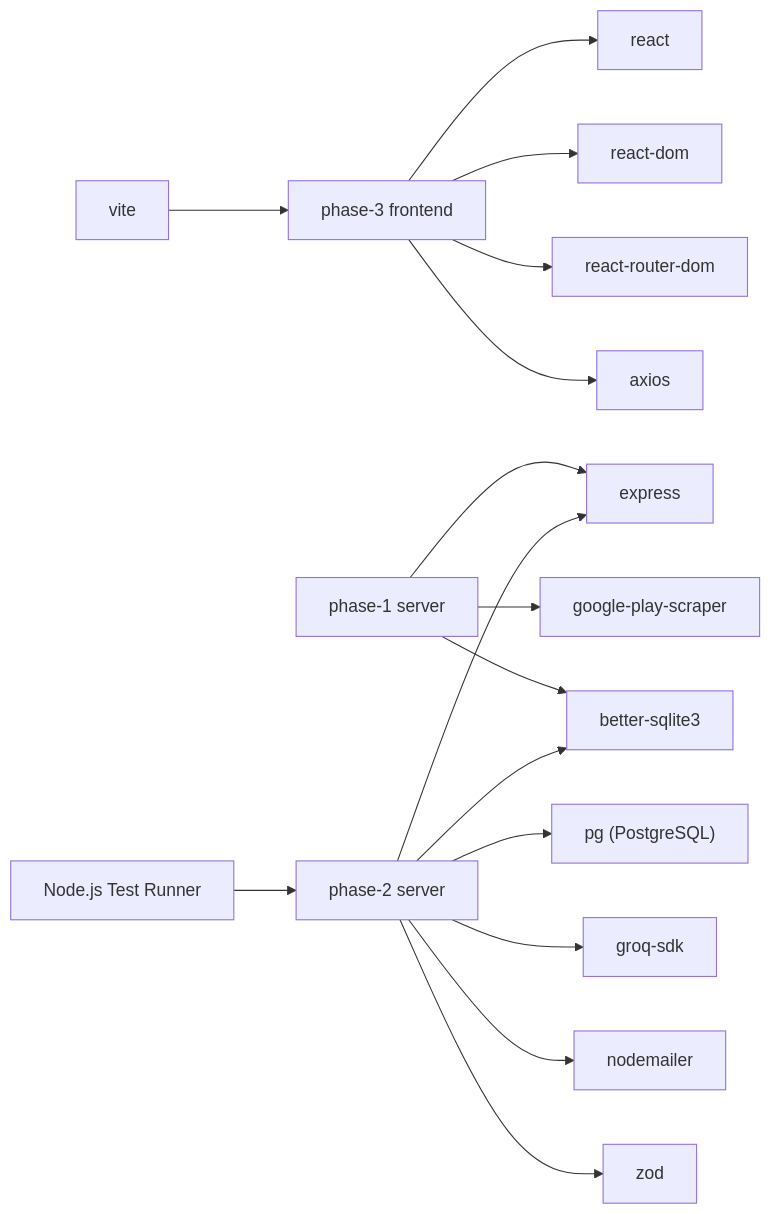
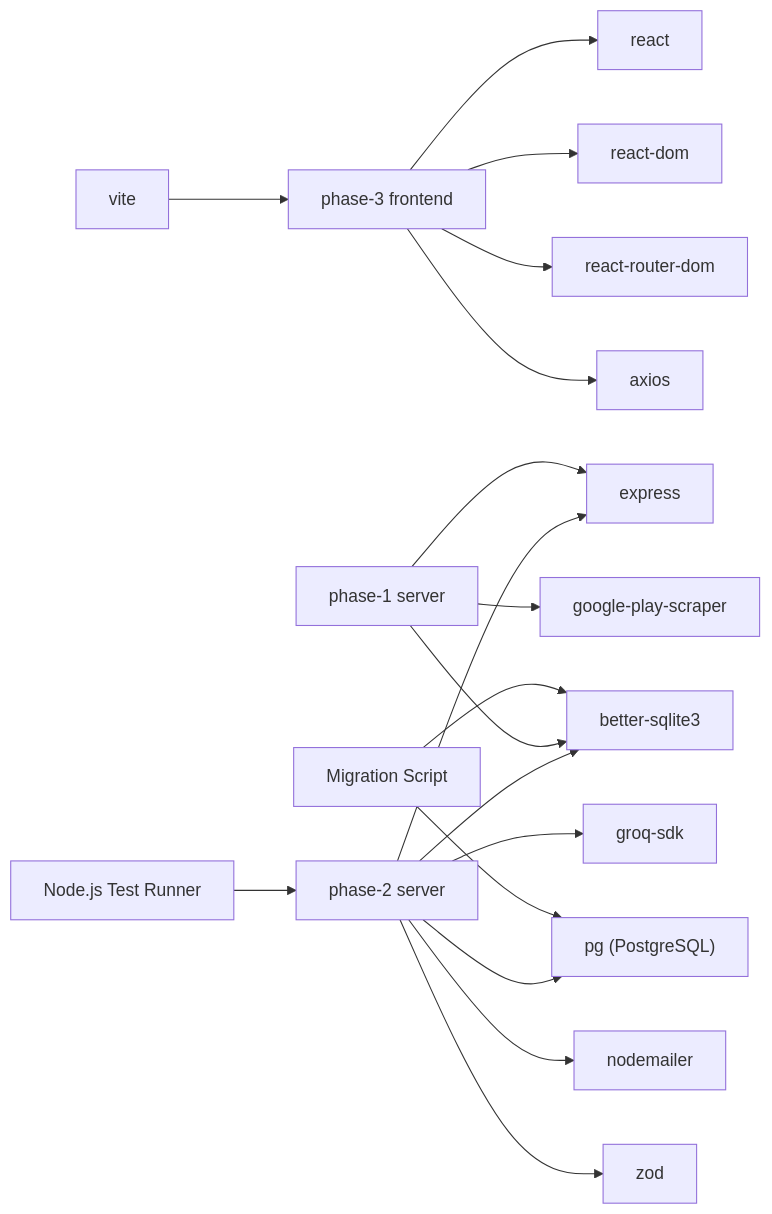
Before and after one commit to aravinthraj-ramalingam/Groww-App-Review-Insights-Analyzer-: the fifth of 5 diagrams in .qoder/repowiki/en/content/Deployment & Operations.md, drawn with Mermaid. The commit also changed other lines of this file and 5 other files, not shown here.

````diff
--- a/.qoder/repowiki/en/content/Deployment & Operations.md
+++ b/.qoder/repowiki/en/content/Deployment & Operations.md
@@ -381,18 +458,20 @@
 ```mermaid
 graph LR
 P2Server["phase-2 server"] --> Express["express"]
 P2Server --> DB["better-sqlite3"]
 P2Server --> PG["pg (PostgreSQL)"]
 P2Server --> Groq["groq-sdk"]
 P2Server --> Nodemailer["nodemailer"]
 P2Server --> Zod["zod"]
 P1Server["phase-1 server"] --> Express
 P1Server --> DB
 P1Server --> GPS["google-play-scraper"]
 FRONTEND["phase-3 frontend"] --> React["react"]
 FRONTEND --> ReactDOM["react-dom"]
 FRONTEND --> Router["react-router-dom"]
 FRONTEND --> Axios["axios"]
 Vite["vite"] --> FRONTEND
 TESTS["Node.js Test Runner"] --> P2Server
+MIGRATE["Migration Script"] --> PG
+MIGRATE --> DB
 ```
````
